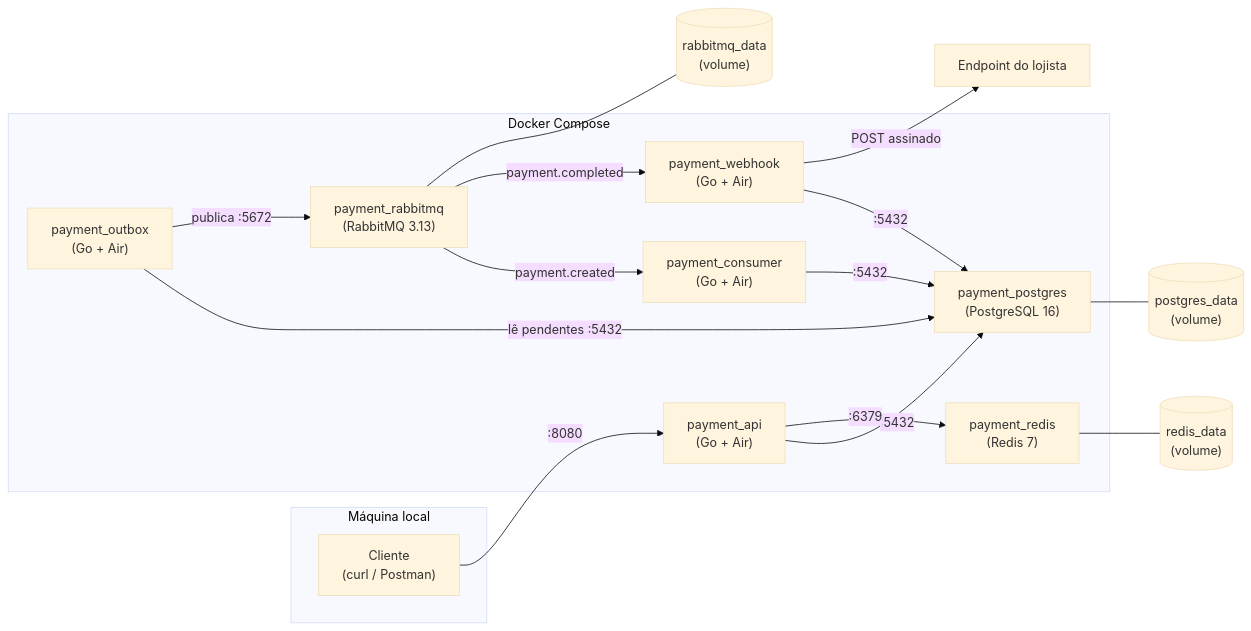
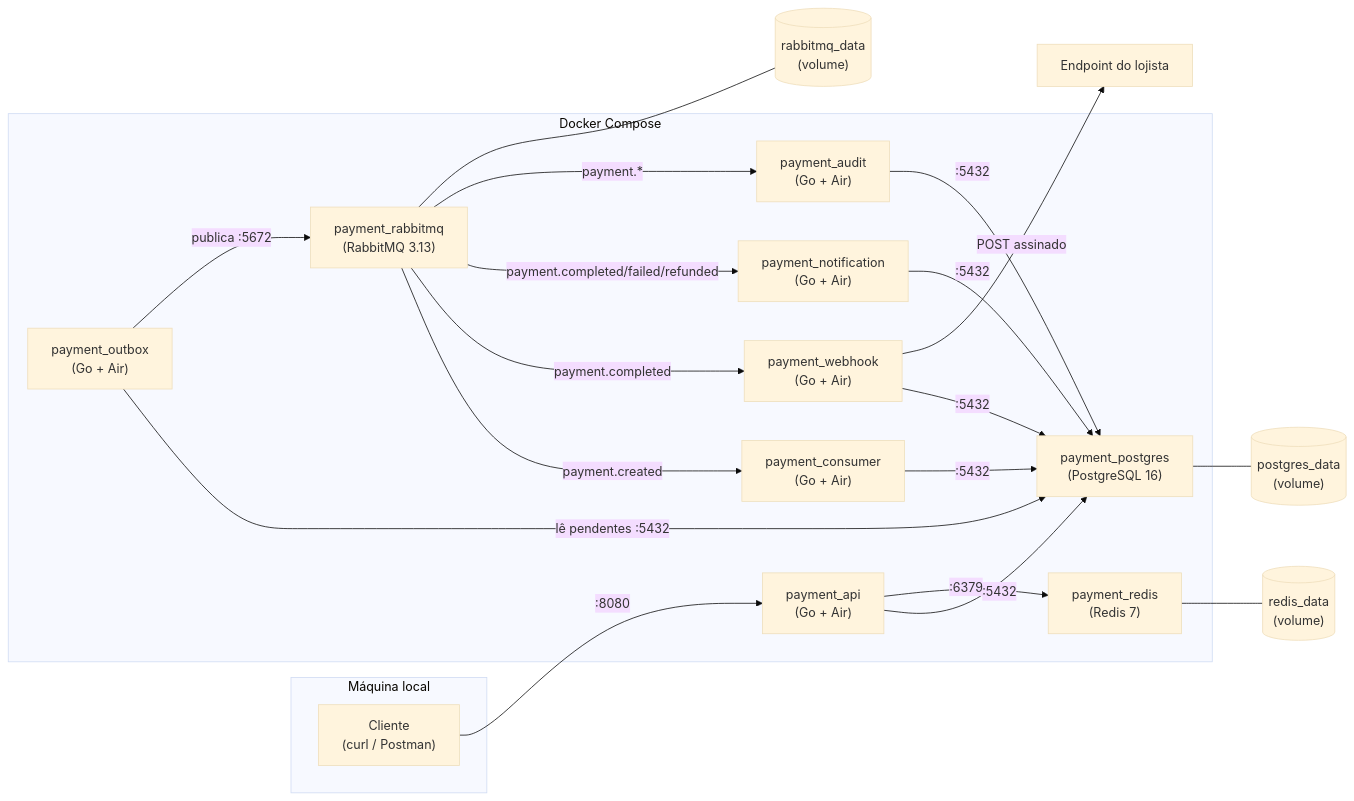
Before and after one commit to VictordaSilvaf/payment_service: diagram 12 of 12 in README.md, drawn with Mermaid (base theme). The commit also changed other lines of this file and 28 other files, not shown here.

First line of the commit message:
Add Audit Service for immutable payment event logging

````diff
--- a/README.md
+++ b/README.md
@@ -488,33 +520,39 @@
 ```mermaid
 flowchart LR
     subgraph Host["Máquina local"]
         Client["Cliente\n(curl / Postman)"]
     end
 
     subgraph Docker["Docker Compose"]
         API["payment_api\n(Go + Air)"]
         Outbox["payment_outbox\n(Go + Air)"]
         Consumer["payment_consumer\n(Go + Air)"]
         Webhook["payment_webhook\n(Go + Air)"]
+        Notification["payment_notification\n(Go + Air)"]
+        Audit["payment_audit\n(Go + Air)"]
         PG["payment_postgres\n(PostgreSQL 16)"]
         RD["payment_redis\n(Redis 7)"]
         RMQ["payment_rabbitmq\n(RabbitMQ 3.13)"]
     end
 
     Merchant["Endpoint do lojista"]
 
     Client -->|:8080| API
     API -->|:5432| PG
     API -->|:6379| RD
     Outbox -->|lê pendentes :5432| PG
     Outbox -->|publica :5672| RMQ
     RMQ -->|payment.created| Consumer
     Consumer -->|:5432| PG
     RMQ -->|payment.completed| Webhook
     Webhook -->|:5432| PG
     Webhook -->|POST assinado| Merchant
+    RMQ -->|payment.completed/failed/refunded| Notification
+    Notification -->|:5432| PG
+    RMQ -->|payment.*| Audit
+    Audit -->|:5432| PG
 
     PG --- VolPG[("postgres_data\n(volume)")]
     RD --- VolRD[("redis_data\n(volume)")]
     RMQ --- VolRMQ[("rabbitmq_data\n(volume)")]
 ```
````
